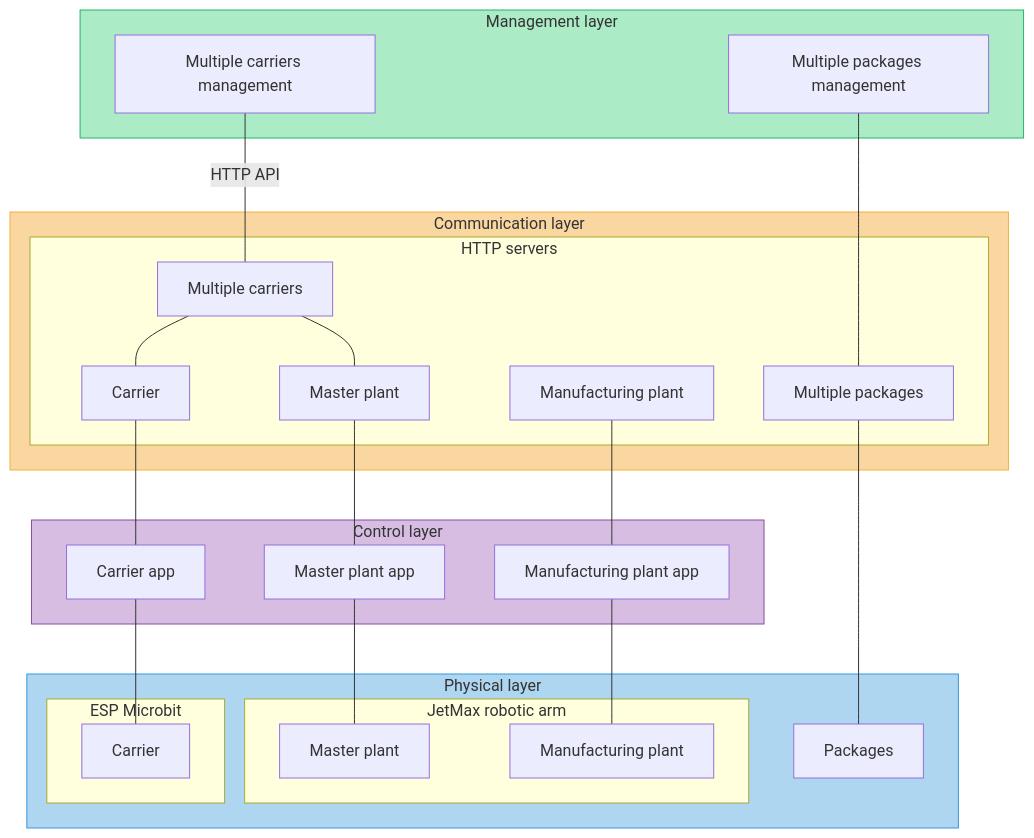
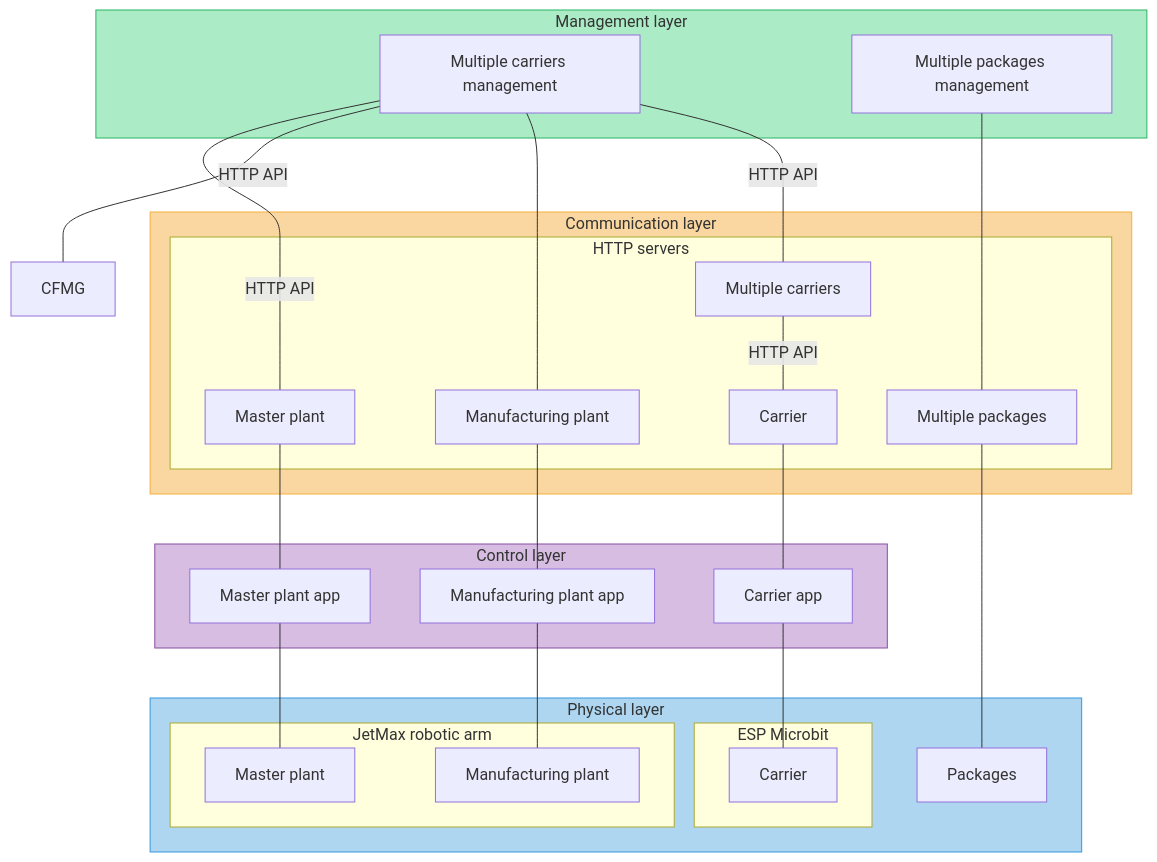
The first of 2 diagrams in README.md (fsprojekti/shr-mfg-platform), drawn with Mermaid before and after one commit.

````diff
--- a/README.md
+++ b/README.md
@@ -3,51 +3,53 @@
 ```mermaid
 graph TD
 
 subgraph ML[Management layer]
     MCM[Multiple carriers management ]
     MPM[Multiple packages management]
 end
 subgraph CL[Communication layer]
     subgraph CL1[HTTP servers]
     CC[Carrier]
     CM[Master plant]
     CMFG[Manufacturing plant]
     CMC[Multiple carriers]
     CMP[Multiple packages]
     end  
 end
 subgraph AL[Control layer]
     CTM[Master plant app]
     CTC[Carrier app]
     CTMFG[Manufacturing plant app]
    
 end
 subgraph PL[Physical layer]
     subgraph PL1[ESP Microbit]
     PC[Carrier]
     end
    
     subgraph PL2[JetMax robotic arm]
         PMFG[Manufacturing plant]
         PM[Master plant]
     end
     P[Packages]
 end
 
-CMC---CM
+MCM---|HTTP API|CM
+MCM---|HTTP API|CFMG
+MCM---CMFG
 CMFG---CTMFG---PMFG
 CM---CTM---PM
 
 MPM---CMP---P
 
-MCM---|HTTP API|CMC---CC---CTC---PC
+MCM---|HTTP API|CMC---|HTTP API|CC---CTC---PC
 
 
 
 style CL fill:#FAD7A0, stroke:#F5B041
 style PL fill:#AED6F1, stroke:#3498DB
 style ML fill:#ABEBC6, stroke:#28B463
 style AL fill:#D7BDE2, stroke:#884EA0
 
 
 ```
````
